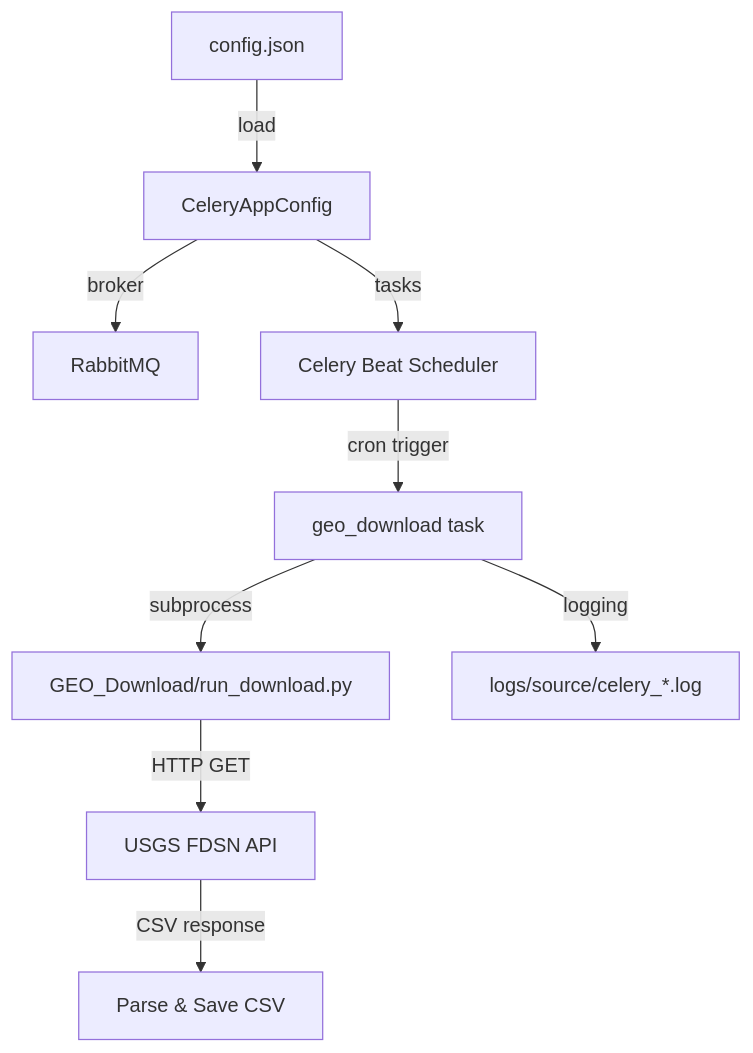
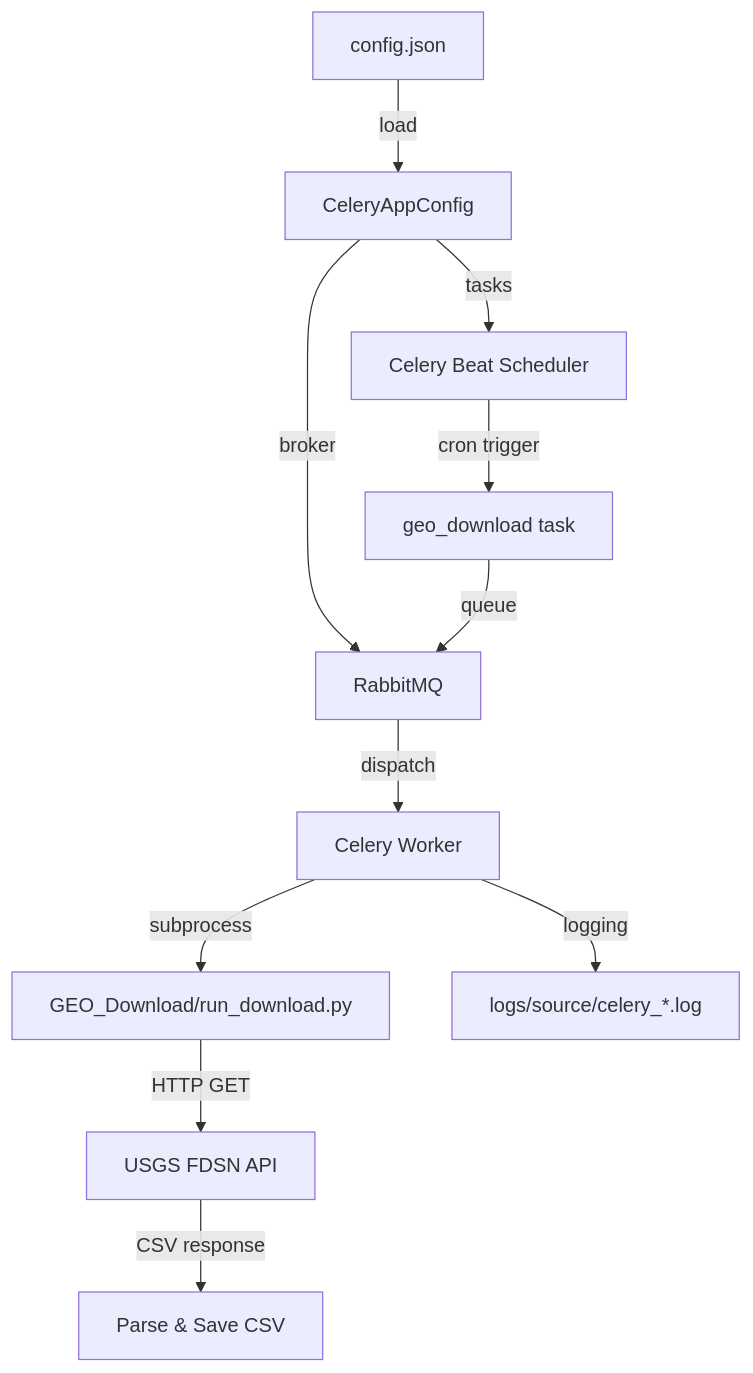
One commit to kaluzny1995/GEO_E2E changed the diagram in README.md. Above: the diagram before and after it, drawn with Mermaid. The commit also changed other lines of this file and 3 other files, not shown here.

````diff
--- a/README.md
+++ b/README.md
@@ -22,11 +26,13 @@
 ```mermaid
 flowchart TD
     A[config.json] -->|load| B[CeleryAppConfig]
     B -->|broker| C[RabbitMQ]
     B -->|tasks| D[Celery Beat Scheduler]
     D -->|cron trigger| E[geo_download task]
-    E -->|subprocess| F[GEO_Download/run_download.py]
-    F -->|HTTP GET| G[USGS FDSN API]
-    G -->|CSV response| H[Parse & Save CSV]
-    E -->|logging| I[logs/source/celery_*.log]
+    E -->|queue| C
+    C -->|dispatch| F[Celery Worker]
+    F -->|subprocess| G[GEO_Download/run_download.py]
+    G -->|HTTP GET| H[USGS FDSN API]
+    H -->|CSV response| I[Parse & Save CSV]
+    F -->|logging| J[logs/source/celery_*.log]
 ```
````
